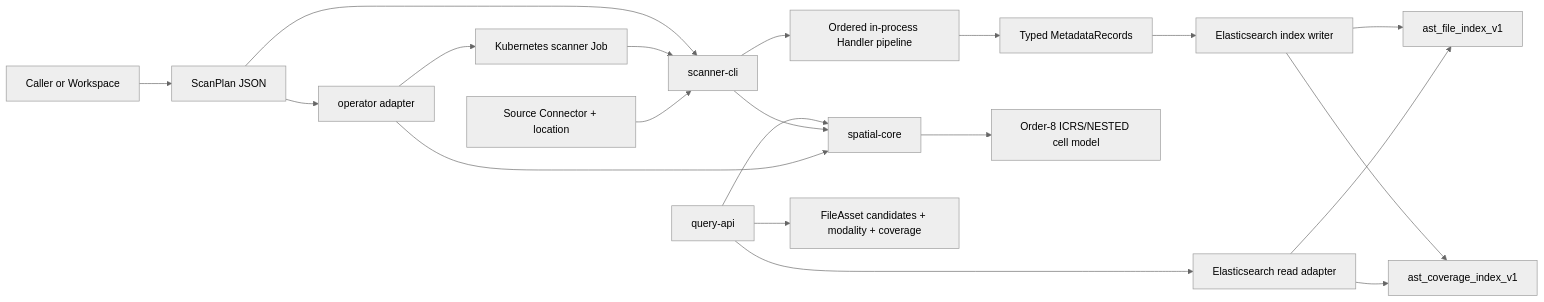
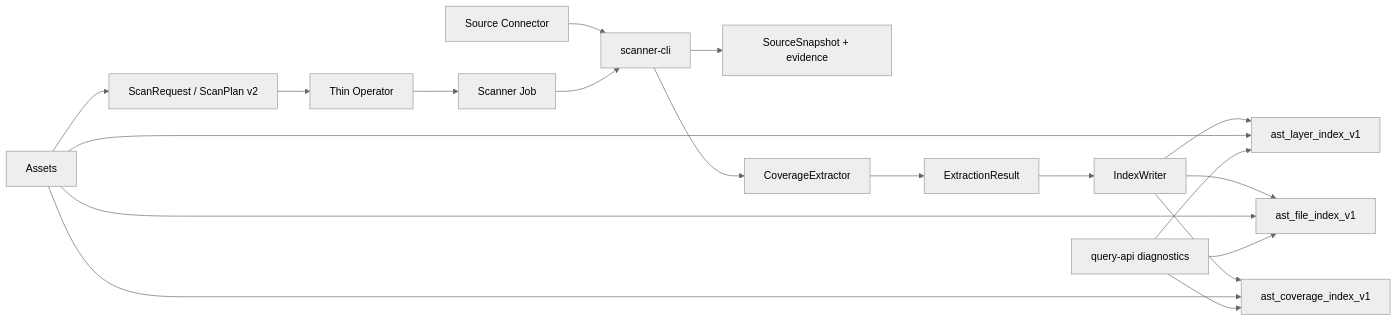
Before and after one commit to Astro-Survey-Atlas/Warehouse: the first of 2 diagrams in docs/architecture.md, drawn with Mermaid (neutral theme). The commit also changed other lines of this file and 95 other files, not shown here.

````diff
--- a/docs/architecture.md
+++ b/docs/architecture.md
@@ -7,24 +5,21 @@
 ```mermaid
 flowchart LR
-    caller[Caller or Workspace] --> plan[ScanPlan JSON]
-    plan --> scanner[scanner-cli]
-    plan --> operator[operator adapter]
-    operator --> job[Kubernetes scanner Job]
-    job --> scanner
-
-    source[Source Connector + location] --> scanner
-    scanner --> handlers[Ordered in-process Handler pipeline]
-    handlers --> records[Typed MetadataRecords]
-    records --> writer[Elasticsearch index writer]
-    writer --> fileIndex[ast_file_index_v1]
-    writer --> coverageIndex[ast_coverage_index_v1]
-
-    query[query-api] --> core[spatial-core]
-    scanner --> core
-    operator --> core
-    core --> cells[Order-8 ICRS/NESTED cell model]
-    query --> read[Elasticsearch read adapter]
-    read --> fileIndex
-    read --> coverageIndex
-    query --> result[FileAsset candidates + modality + coverage]
+  assets[Assets] --> request[ScanRequest / ScanPlan v2]
+  request --> operator[Thin Operator]
+  operator --> job[Scanner Job]
+  source[Source Connector] --> scanner[scanner-cli]
+  job --> scanner
+  scanner --> snapshot[SourceSnapshot + evidence]
+  scanner --> extractor[CoverageExtractor]
+  extractor --> result[ExtractionResult]
+  result --> writer[IndexWriter]
+  writer --> layer[ast_layer_index_v1]
+  writer --> files[ast_file_index_v1]
+  writer --> coverage[ast_coverage_index_v1]
+  assets --> layer
+  assets --> coverage
+  assets --> files
+  query[query-api diagnostics] --> layer
+  query --> coverage
+  query --> files
 ```
````
